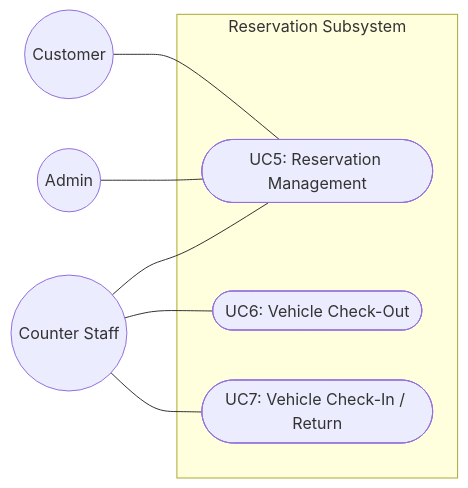
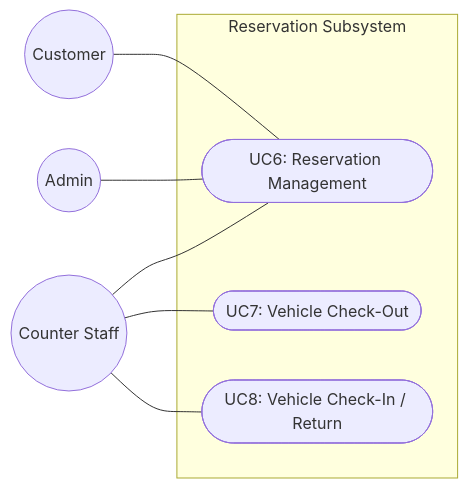
The third of 4 diagrams in UseCaseDescription_RentaCar.md (magicmarie/RentaCar), drawn with Mermaid before and after one commit. The commit also changed other lines of this file and 1 other file, not shown here.

````diff
--- a/UseCaseDescription_RentaCar.md
+++ b/UseCaseDescription_RentaCar.md
@@ -66,16 +83,16 @@
 ```mermaid
 flowchart LR
     Customer((Customer))
     Staff((Counter Staff))
     Admin2((Admin))
     subgraph Reservation["Reservation Subsystem"]
-        UC5([UC5: Reservation Management])
-        UC6([UC6: Vehicle Check-Out])
-        UC7([UC7: Vehicle Check-In / Return])
+        UC6([UC6: Reservation Management])
+        UC7([UC7: Vehicle Check-Out])
+        UC8([UC8: Vehicle Check-In / Return])
     end
-    Customer --- UC5
-    Staff --- UC5
-    Admin2 --- UC5
+    Customer --- UC6
     Staff --- UC6
+    Admin2 --- UC6
     Staff --- UC7
+    Staff --- UC8
 ```
````
